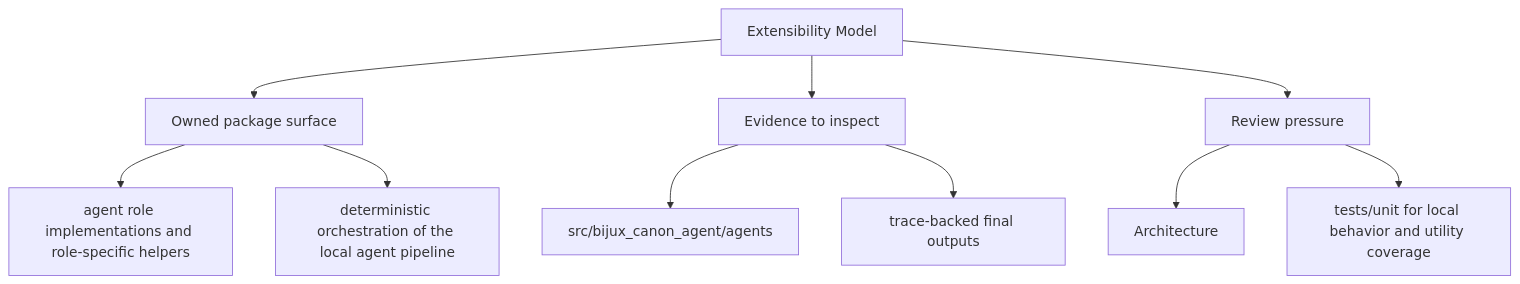
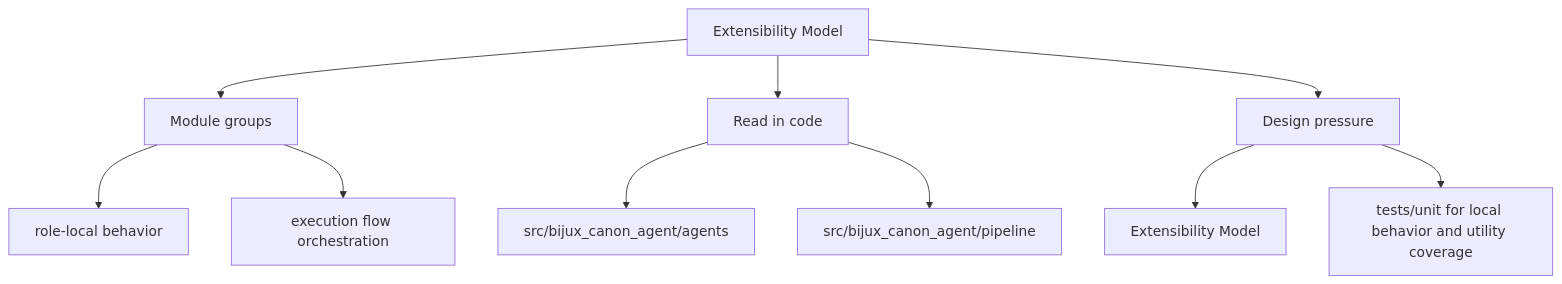
The second of 2 diagrams in docs/bijux-canon-agent/architecture/extensibility-model.md (bijux/bijux-canon), drawn with Mermaid before and after one commit. The commit also changed other lines of this file and 250 other files, not shown here.

Commit message:
docs(diagrams): make product page maps more readable

````diff
--- a/docs/bijux-canon-agent/architecture/extensibility-model.md
+++ b/docs/bijux-canon-agent/architecture/extensibility-model.md
@@ -34,22 +34,22 @@
 ```mermaid
 flowchart TD
     page["Extensibility Model"]
-    focus1["Owned package surface"]
+    focus1["Module groups"]
     page --> focus1
-    focus1_1["agent role implementations and role-specific helpers"]
+    focus1_1["role-local behavior"]
     focus1 --> focus1_1
-    focus1_2["deterministic orchestration of the local agent pipeline"]
+    focus1_2["execution flow orchestration"]
     focus1 --> focus1_2
-    focus2["Evidence to inspect"]
+    focus2["Read in code"]
     page --> focus2
     focus2_1["src/bijux_canon_agent/agents"]
     focus2 --> focus2_1
-    focus2_2["trace-backed final outputs"]
+    focus2_2["src/bijux_canon_agent/pipeline"]
     focus2 --> focus2_2
-    focus3["Review pressure"]
+    focus3["Design pressure"]
     page --> focus3
-    focus3_1["Architecture"]
+    focus3_1["Extensibility Model"]
     focus3 --> focus3_1
     focus3_2["tests/unit for local behavior and utility coverage"]
     focus3 --> focus3_2
 ```
````
